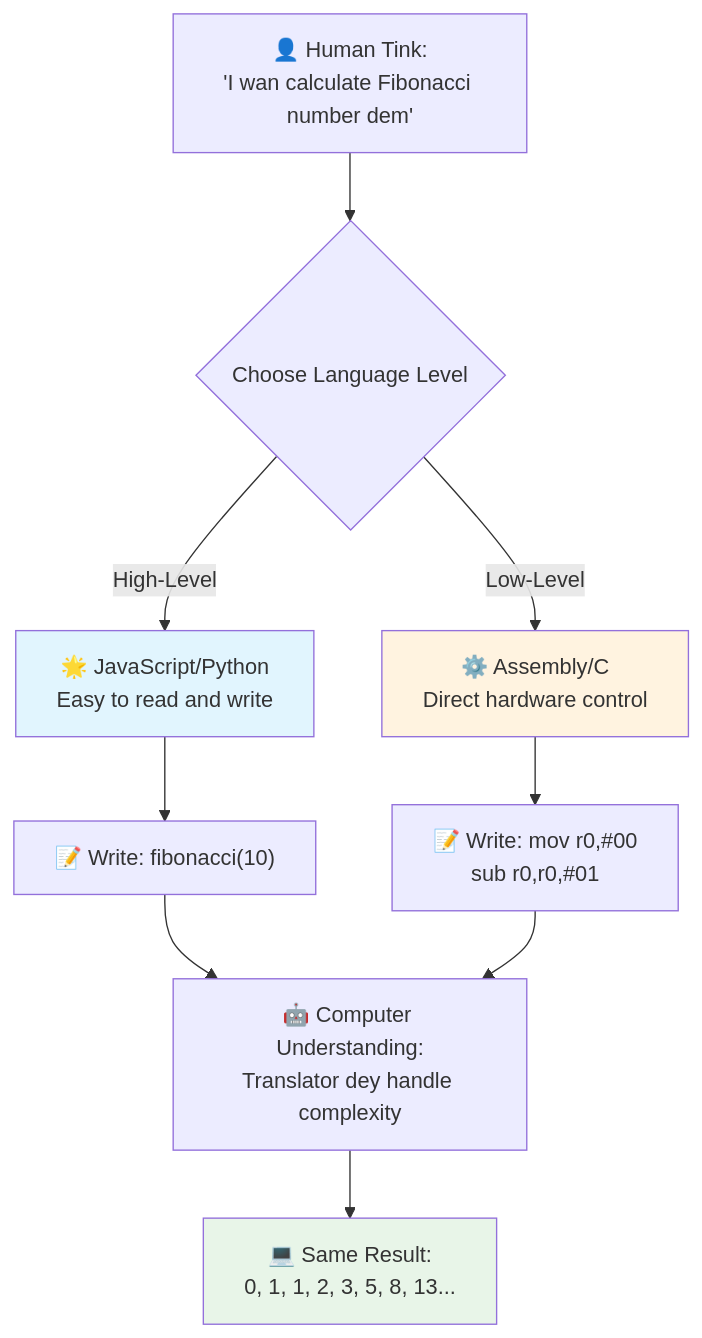
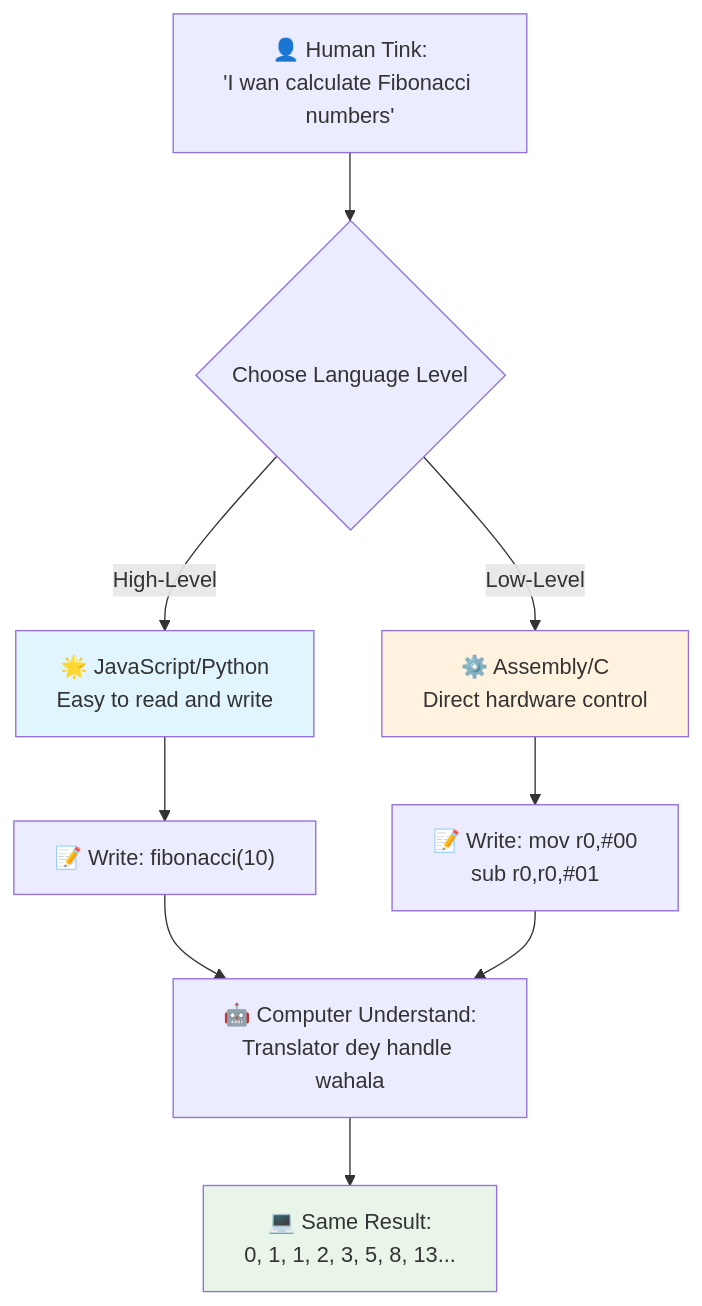
The third of 7 diagrams in translations/pcm/1-getting-started-lessons/1-intro-to-programming-languages/README.md (microsoft/Web-Dev-For-Beginners), drawn with Mermaid before and after one commit. The commit also changed other lines of this file and 8 other files, not shown here.

````diff
--- a/translations/pcm/1-getting-started-lessons/1-intro-to-programming-languages/README.md
+++ b/translations/pcm/1-getting-started-lessons/1-intro-to-programming-languages/README.md
@@ -148,19 +148,19 @@
 ```mermaid
 flowchart TB
-    A["👤 Human Tink:<br/>'I wan calculate Fibonacci number dem'"] --> B{Choose Language Level}
+    A["👤 Human Tink:<br/>'I wan calculate Fibonacci numbers'"] --> B{Choose Language Level}
     
     B -->|High-Level| C["🌟 JavaScript/Python<br/>Easy to read and write"]
     B -->|Low-Level| D["⚙️ Assembly/C<br/>Direct hardware control"]
     
     C --> E["📝 Write: fibonacci(10)"]
     D --> F["📝 Write: mov r0,#00<br/>sub r0,r0,#01"]
     
-    E --> G["🤖 Computer Understanding:<br/>Translator dey handle complexity"]
+    E --> G["🤖 Computer Understand:<br/>Translator dey handle wahala"]
     F --> G
     
     G --> H["💻 Same Result:<br/>0, 1, 1, 2, 3, 5, 8, 13..."]
     
     style C fill:#e1f5fe
     style D fill:#fff3e0
     style H fill:#e8f5e8
 ```
````
